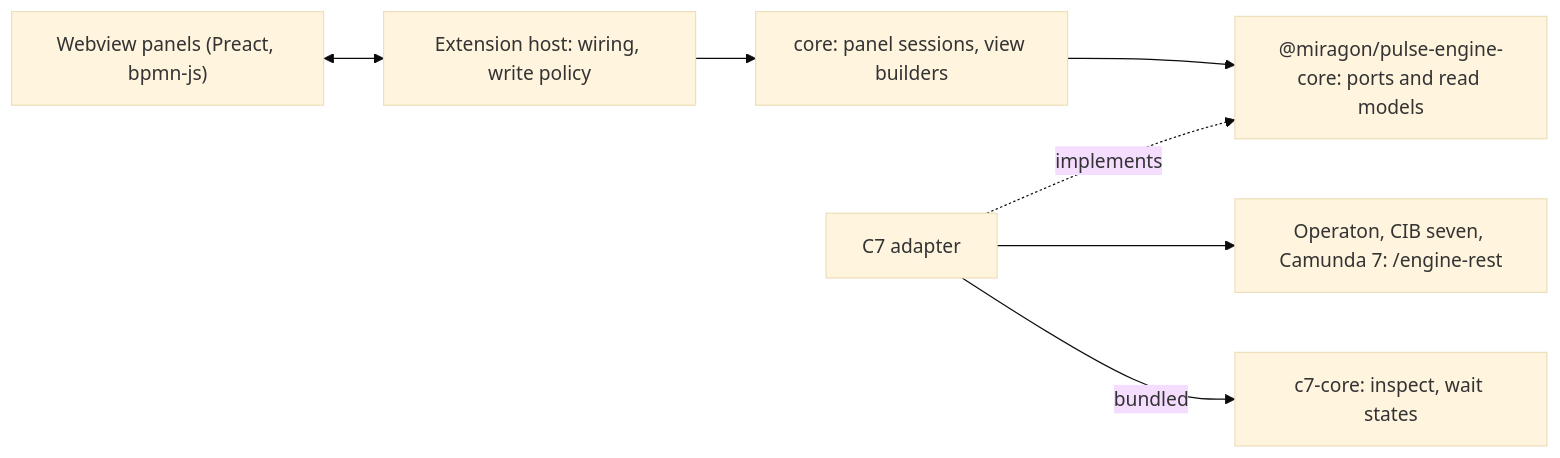
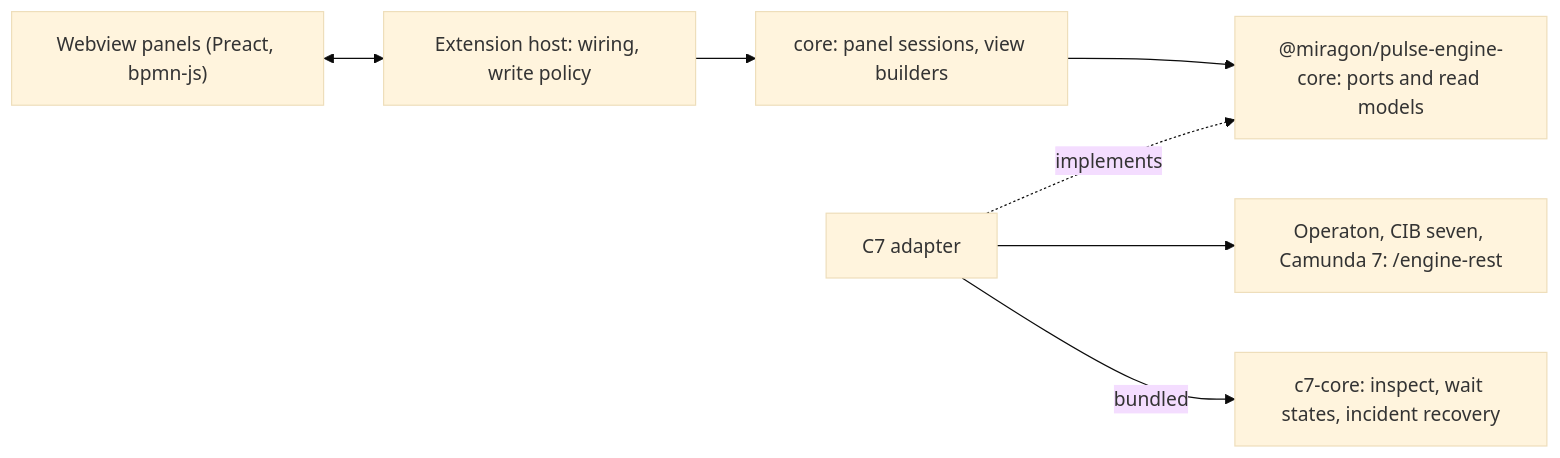
Before and after one commit to Miragon/pulse: the diagram in docs/vscode/architecture.md, drawn with Mermaid (base theme). The commit also changed other lines of this file and 18 other files, not shown here.

````diff
--- a/docs/vscode/architecture.md
+++ b/docs/vscode/architecture.md
@@ -12,9 +12,9 @@
 ```mermaid
 flowchart LR
   webview["Webview panels (Preact, bpmn-js)"] <--> host["Extension host: wiring, write policy"]
   host --> core["core: panel sessions, view builders"]
   core --> engineCore["@miragon/pulse-engine-core: ports and read models"]
   c7["C7 adapter"] -. implements .-> engineCore
   c7 --> engines["Operaton, CIB seven, Camunda 7: /engine-rest"]
-  c7 -- bundled --> c7core["c7-core: inspect, wait states"]
+  c7 -- bundled --> c7core["c7-core: inspect, wait states, incident recovery"]
 ```
````
